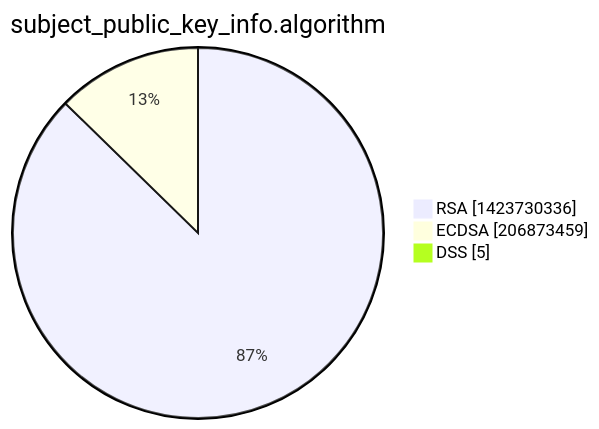
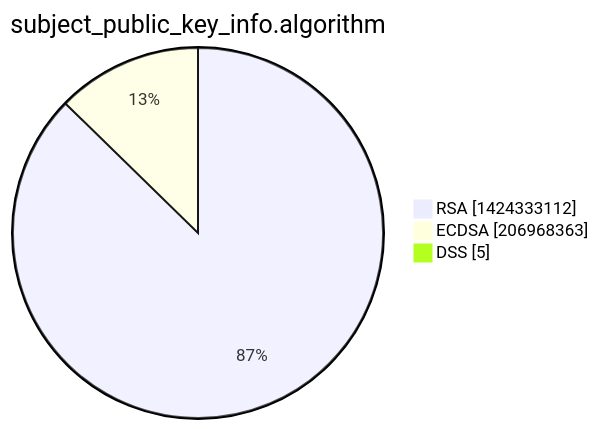
The third of 15 diagrams in xenon2022/README.md (christiankrug/ctmonitor_visualization), drawn with Mermaid before and after one commit. The commit also changed other lines of this file, not shown here.

````diff
--- a/xenon2022/README.md
+++ b/xenon2022/README.md
@@ -14,7 +14,7 @@
 ```mermaid
 pie showData
 title subject_public_key_info.algorithm
-"RSA" :1423730336
-"ECDSA" :206873459
+"RSA" :1424333112
+"ECDSA" :206968363
 "DSS" :5
 ```
````
